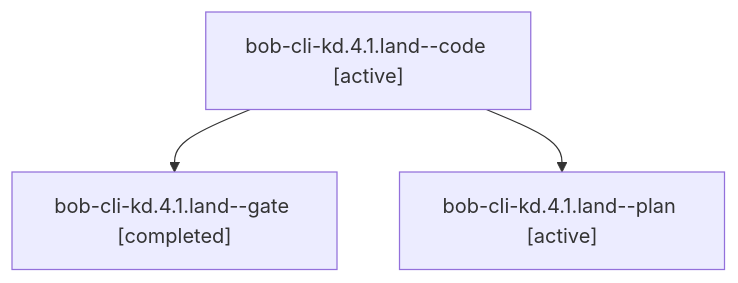
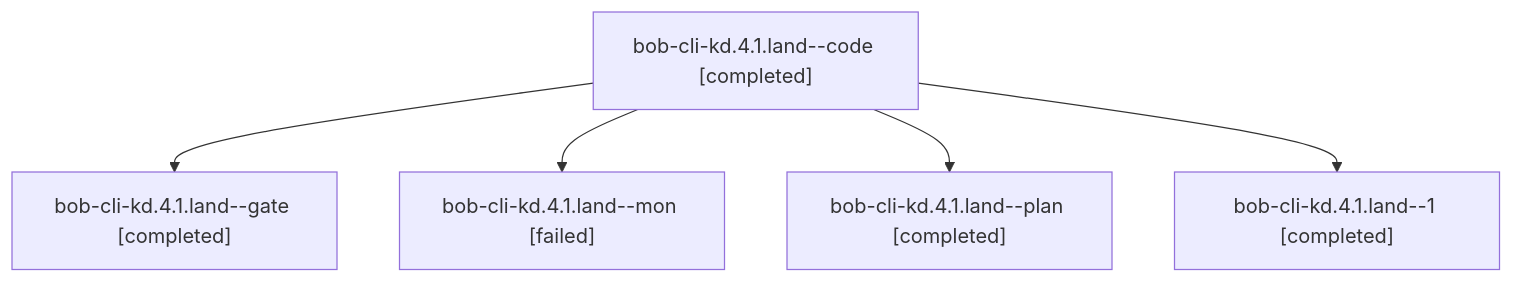
Before and after one commit to bobs-org/bob-cli--agents: the diagram in sessions/bbugyi200.athena.bob-cli-kd.4.1.land.md, drawn with Mermaid. The commit also changed other lines of this file and 86 other files, not shown here.

````diff
--- a/sessions/bbugyi200.athena.bob-cli-kd.4.1.land.md
+++ b/sessions/bbugyi200.athena.bob-cli-kd.4.1.land.md
@@ -9,8 +9,12 @@
 ```mermaid
 flowchart TD
-  n0["bob-cli-kd.4.1.land--code [active]"]
+  n0["bob-cli-kd.4.1.land--code [completed]"]
   n1["bob-cli-kd.4.1.land--gate [completed]"]
   n0 --> n1
-  n2["bob-cli-kd.4.1.land--plan [active]"]
+  n2["bob-cli-kd.4.1.land--mon [failed]"]
   n0 --> n2
+  n3["bob-cli-kd.4.1.land--plan [completed]"]
+  n0 --> n3
+  n4["bob-cli-kd.4.1.land--1 [completed]"]
+  n0 --> n4
 ```
````
